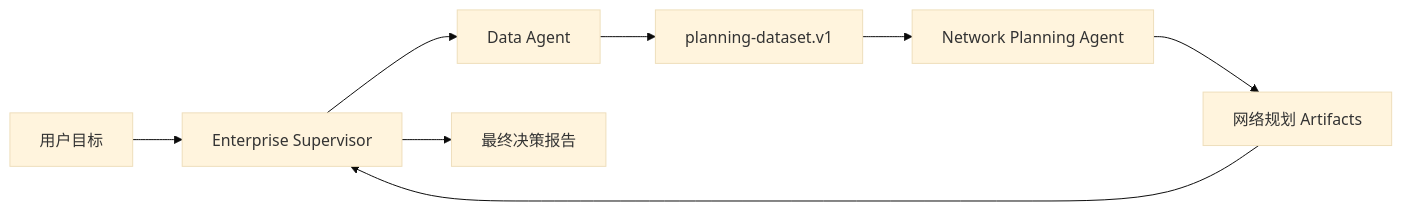
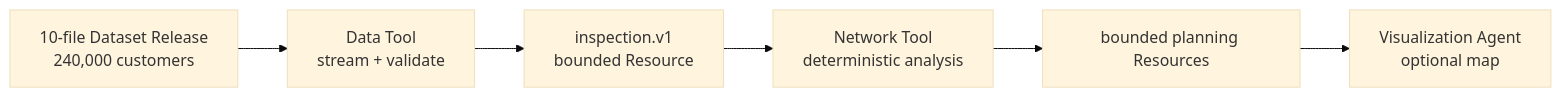
The diagram in docs/tutorials/supply-chain-agent-tutorial.md (JO-WTF/open-web-codex), drawn with Mermaid (base theme) before and after one commit. The commit also changed other lines of this file and 179 other files, not shown here.

````diff
--- a/docs/tutorials/supply-chain-agent-tutorial.md
+++ b/docs/tutorials/supply-chain-agent-tutorial.md
@@ -24,10 +74,8 @@
 ```mermaid
 flowchart LR
-    U["用户目标"] --> R["Enterprise Supervisor"]
-    R --> D["Data Agent"]
-    D --> DS["planning-dataset.v1"]
-    DS --> N["Network Planning Agent"]
-    N --> NA["网络规划 Artifacts"]
-    NA --> R
-    R --> F["最终决策报告"]
+    D["10-file Dataset Release<br/>240,000 customers"] --> DT["Data Tool<br/>stream + validate"]
+    DT --> I["inspection.v1<br/>bounded Resource"]
+    I --> NT["Network Tool<br/>deterministic analysis"]
+    NT --> R["bounded planning Resources"]
+    R --> V["Visualization Agent<br/>optional map"]
 ```
````
